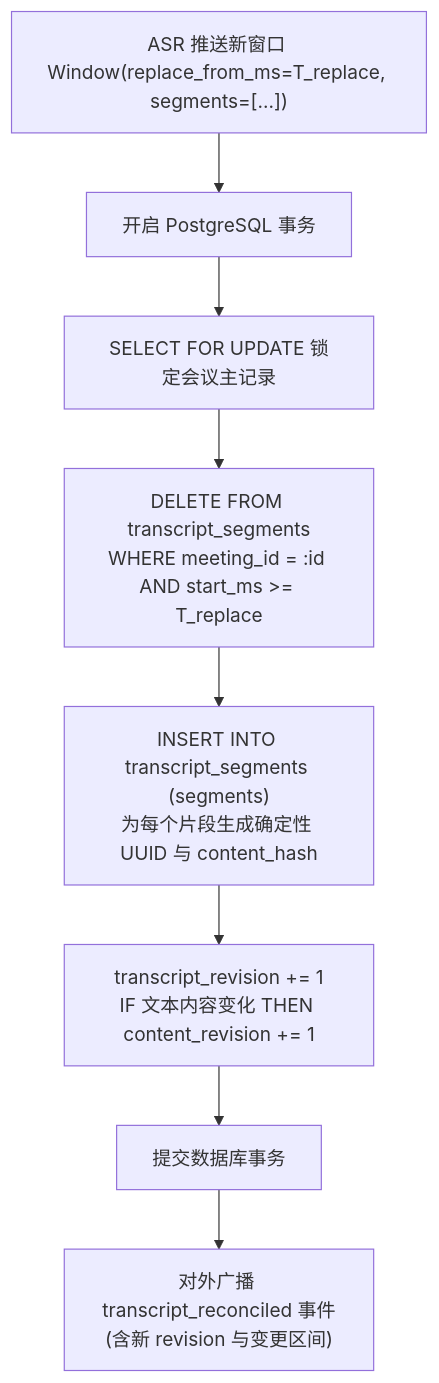
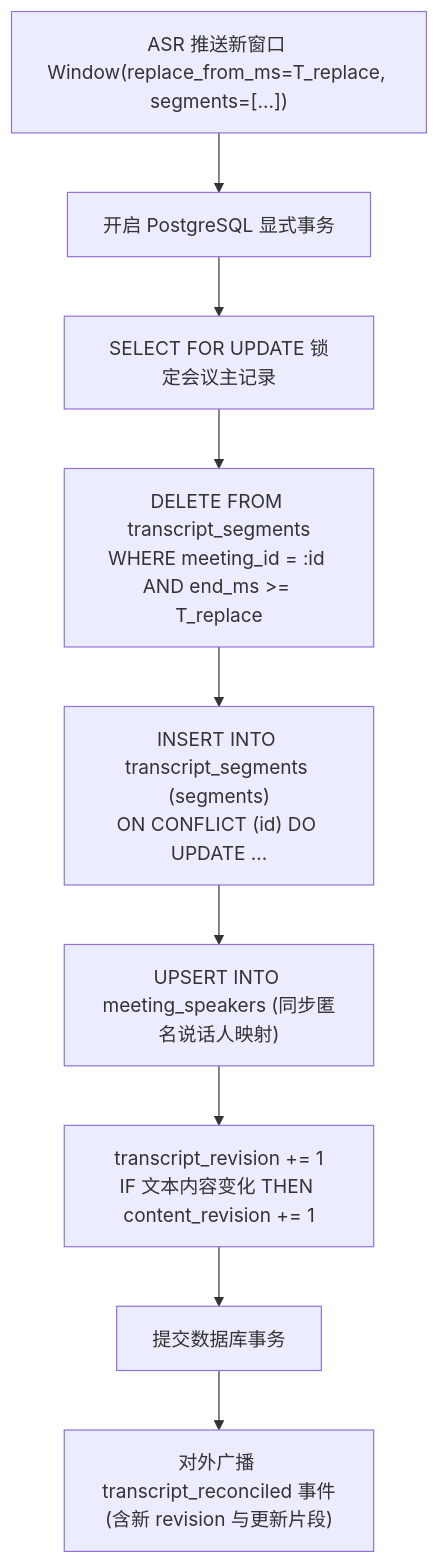
Before and after one commit to hrygo/voice-realtime: diagram 11 of 13 in docs/系统总体架构与详细设计方案.md, drawn with Mermaid. The commit also changed other lines of this file and 8 other files, not shown here.

Commit message:
docs(architecture): 审查校对系统总体架构方案并完善会议面板交互体验

````diff
--- a/docs/系统总体架构与详细设计方案.md
+++ b/docs/系统总体架构与详细设计方案.md
@@ -532,11 +535,12 @@
 ```mermaid
 flowchart TD
-    IN_WIN["ASR 推送新窗口 Window(replace_from_ms=T_replace, segments=[...])"] --> TX_START["开启 PostgreSQL 事务"]
+    IN_WIN["ASR 推送新窗口 Window(replace_from_ms=T_replace, segments=[...])"] --> TX_START["开启 PostgreSQL 显式事务"]
     
     TX_START --> LOCK_ROW["SELECT FOR UPDATE 锁定会议主记录"]
-    LOCK_ROW --> DEL_OLD["DELETE FROM transcript_segments<br/>WHERE meeting_id = :id AND start_ms >= T_replace"]
-    DEL_OLD --> INS_NEW["INSERT INTO transcript_segments (segments)<br/>为每个片段生成确定性 UUID 与 content_hash"]
-    INS_NEW --> INC_REV["transcript_revision += 1<br/>IF 文本内容变化 THEN content_revision += 1"]
+    LOCK_ROW --> DEL_OLD["DELETE FROM transcript_segments<br/>WHERE meeting_id = :id AND end_ms >= T_replace"]
+    DEL_OLD --> INS_NEW["INSERT INTO transcript_segments (segments)<br/>ON CONFLICT (id) DO UPDATE ..."]
+    INS_NEW --> UPSERT_SPK["UPSERT INTO meeting_speakers (同步匿名说话人映射)"]
+    UPSERT_SPK --> INC_REV["transcript_revision += 1<br/>IF 文本内容变化 THEN content_revision += 1"]
     INC_REV --> TX_COMMIT["提交数据库事务"]
-    TX_COMMIT --> EMIT["对外广播 transcript_reconciled 事件<br/>(含新 revision 与变更区间)"]
+    TX_COMMIT --> EMIT["对外广播 transcript_reconciled 事件<br/>(含新 revision 与更新片段)"]
 ```
````
